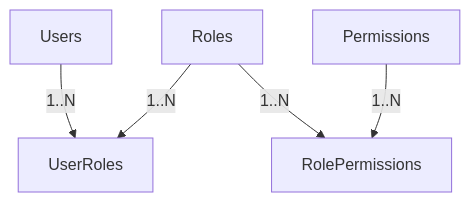
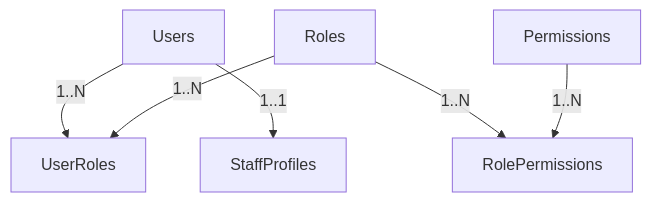
One commit to hungpptit/smart-logistics-platform changed the diagram in Design DB/module 1 database.md. Above: the diagram before and after it, drawn with Mermaid. The commit also changed other lines of this file and 17 other files, not shown here.

````diff
--- a/Design DB/module 1 database.md
+++ b/Design DB/module 1 database.md
@@ -36,7 +37,8 @@
 ```mermaid
 graph TD
     Users[Users] -->|1..N| UserRoles[UserRoles]
+    Users -->|1..1| StaffProfiles[StaffProfiles]
     Roles[Roles] -->|1..N| UserRoles
     Roles -->|1..N| RolePermissions[RolePermissions]
     Permissions[Permissions] -->|1..N| RolePermissions
 ```
````
